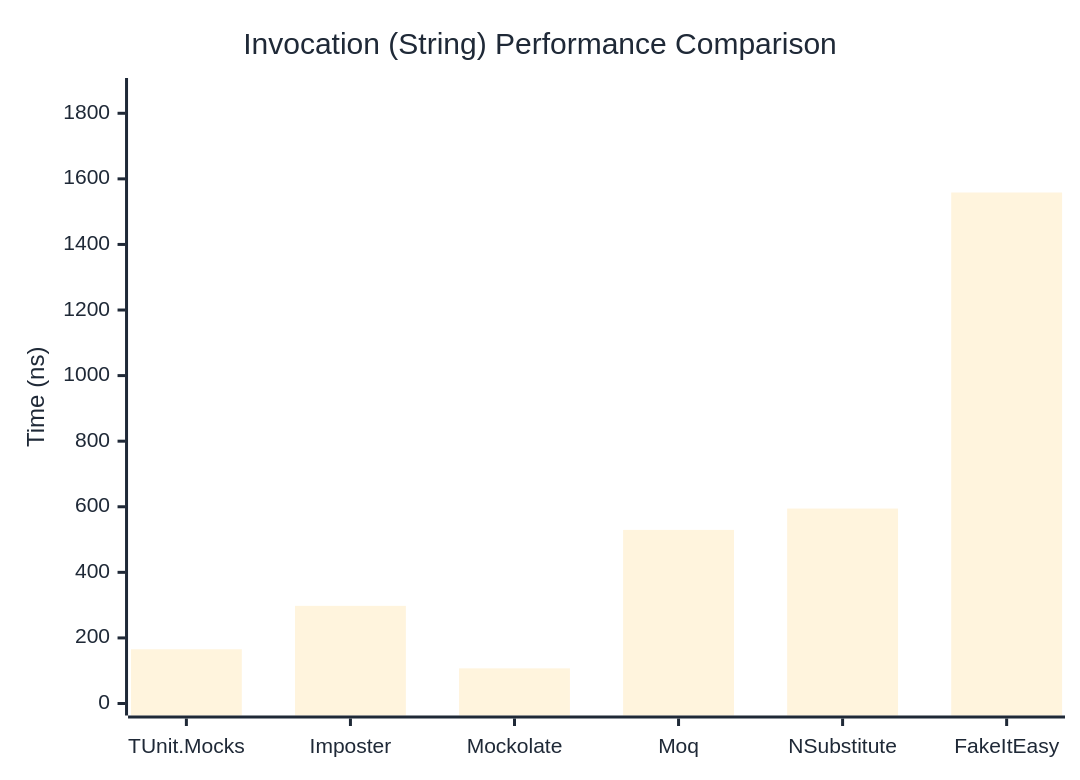
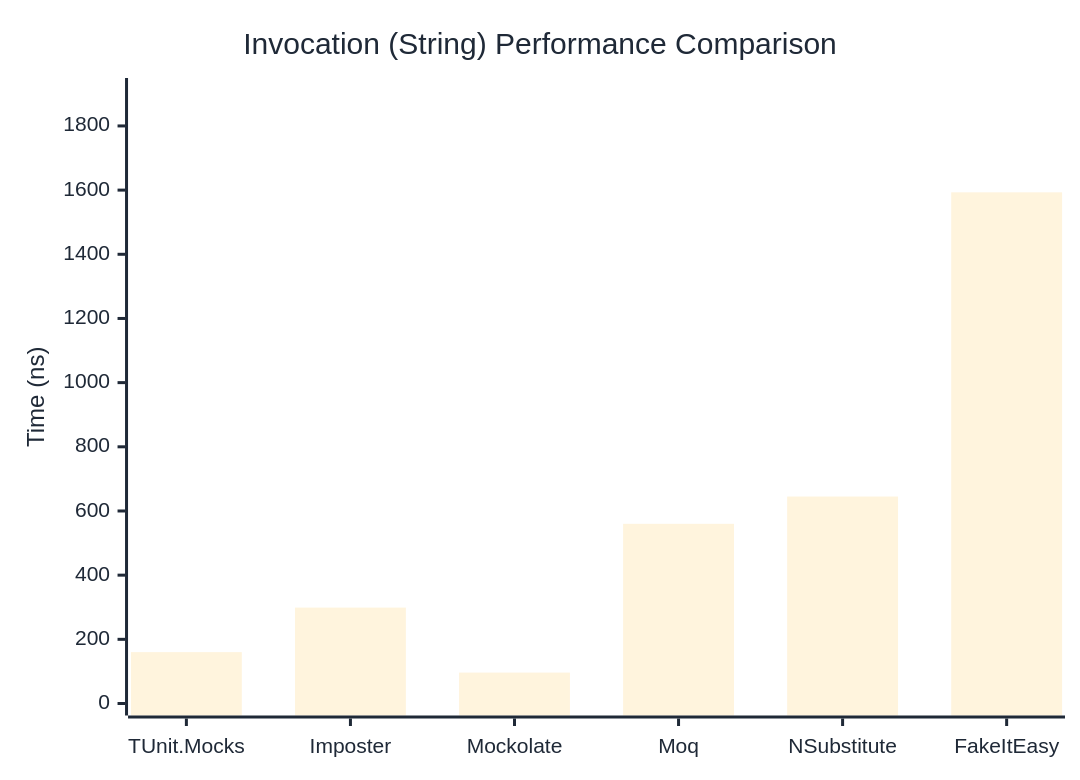
One commit to thomhurst/TUnit changed the second of 3 diagrams in docs/docs/benchmarks/mocks/Invocation.md. Above: the diagram before and after it, drawn with Mermaid. The commit also changed other lines of this file and 14 other files, not shown here.

````diff
--- a/docs/docs/benchmarks/mocks/Invocation.md
+++ b/docs/docs/benchmarks/mocks/Invocation.md
@@ -69,27 +69,27 @@
 ```mermaid
 %%{init: {
   'theme':'base',
   'themeVariables': {
     'primaryColor': '#2563eb',
     'primaryTextColor': '#1f2937',
     'primaryBorderColor': '#1e40af',
     'lineColor': '#6b7280',
     'secondaryColor': '#7c3aed',
     'tertiaryColor': '#dc2626',
     'background': '#ffffff',
     'pie1': '#2563eb',
     'pie2': '#7c3aed',
     'pie3': '#dc2626',
     'pie4': '#f59e0b',
     'pie5': '#10b981',
     'pie6': '#06b6d4',
     'pie7': '#ec4899',
     'pie8': '#6366f1'
   }
 }}%%
 xychart-beta
   title "Invocation (String) Performance Comparison"
   x-axis ["TUnit.Mocks", "Imposter", "Mockolate", "Moq", "NSubstitute", "FakeItEasy"]
-  y-axis "Time (ns)" 0 --> 1871
-  bar [165.4, 297.8, 107.2, 529.4, 594.5, 1558.4]
+  y-axis "Time (ns)" 0 --> 1912
+  bar [160.09, 298.88, 96.36, 560, 645.05, 1593.08]
 ```
````
